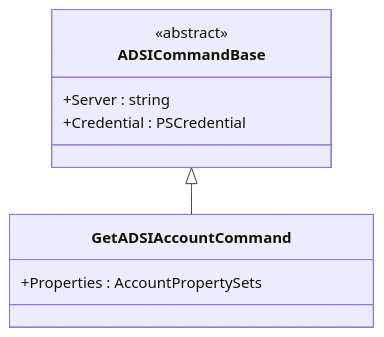
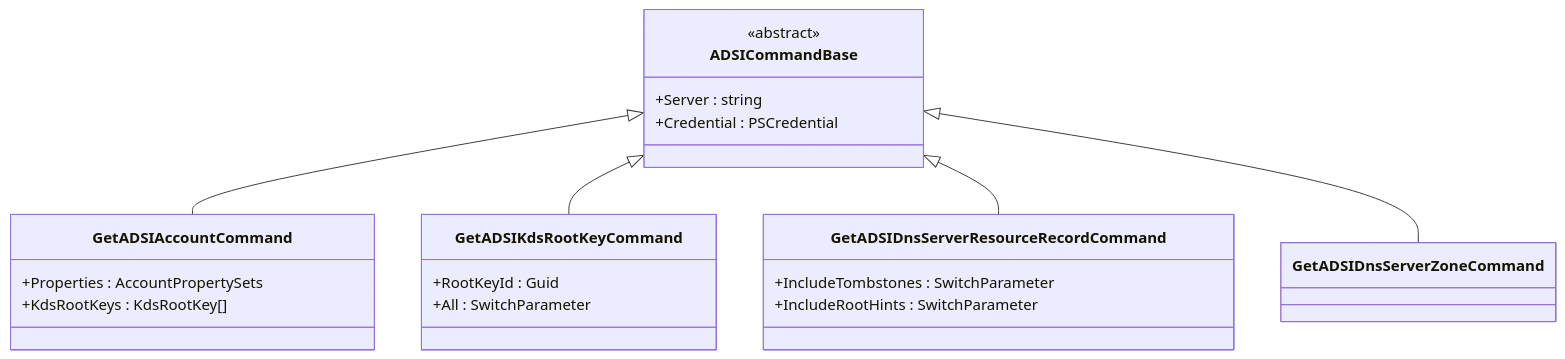
Before and after one commit to MichaelGrafnetter/DSInternals: the fifth of 8 diagrams in Src/DSInternals.PowerShell/Commands/README.md, drawn with Mermaid. The commit also changed 73 other files, not shown here.

````diff
--- a/Src/DSInternals.PowerShell/Commands/README.md
+++ b/Src/DSInternals.PowerShell/Commands/README.md
@@ -281,13 +281,26 @@
 ```mermaid
 classDiagram
     direction TB
     class ADSICommandBase {
         <<abstract>>
         +Server : string
         +Credential : PSCredential
     }
     class GetADSIAccountCommand {
         +Properties : AccountPropertySets
+        +KdsRootKeys : KdsRootKey[]
     }
+    class GetADSIKdsRootKeyCommand {
+        +RootKeyId : Guid
+        +All : SwitchParameter
+    }
+    class GetADSIDnsServerResourceRecordCommand {
+        +IncludeTombstones : SwitchParameter
+        +IncludeRootHints : SwitchParameter
+    }
+    class GetADSIDnsServerZoneCommand
     ADSICommandBase <|-- GetADSIAccountCommand
+    ADSICommandBase <|-- GetADSIKdsRootKeyCommand
+    ADSICommandBase <|-- GetADSIDnsServerResourceRecordCommand
+    ADSICommandBase <|-- GetADSIDnsServerZoneCommand
 ```
````
